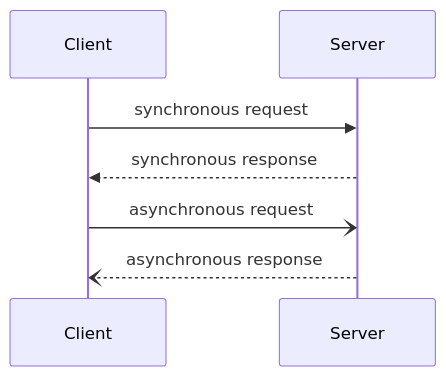
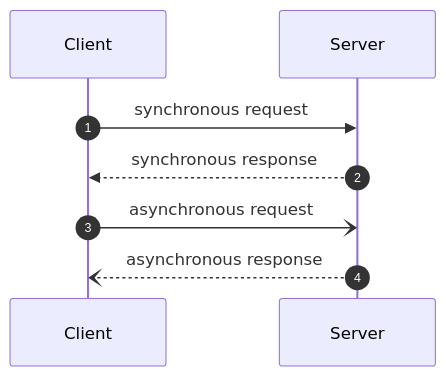
The first of 3 diagrams in docs/blog/posts/2024-11-02-uml_tips.md (djccnt15/djccnt15.github.io), drawn with Mermaid before and after one commit. The commit also changed 2 other files, not shown here.

Commit message:
add autonumber for mermaid sequenceDiagram resolve #2

````diff
--- a/docs/blog/posts/2024-11-02-uml_tips.md
+++ b/docs/blog/posts/2024-11-02-uml_tips.md
@@ -31,7 +31,8 @@
 ```mermaid
 sequenceDiagram
+    autonumber
 Client ->> Server : synchronous request
 Server -->> Client : synchronous response
 Client -) Server : asynchronous request
 Server --) Client : asynchronous response
 ```
````
